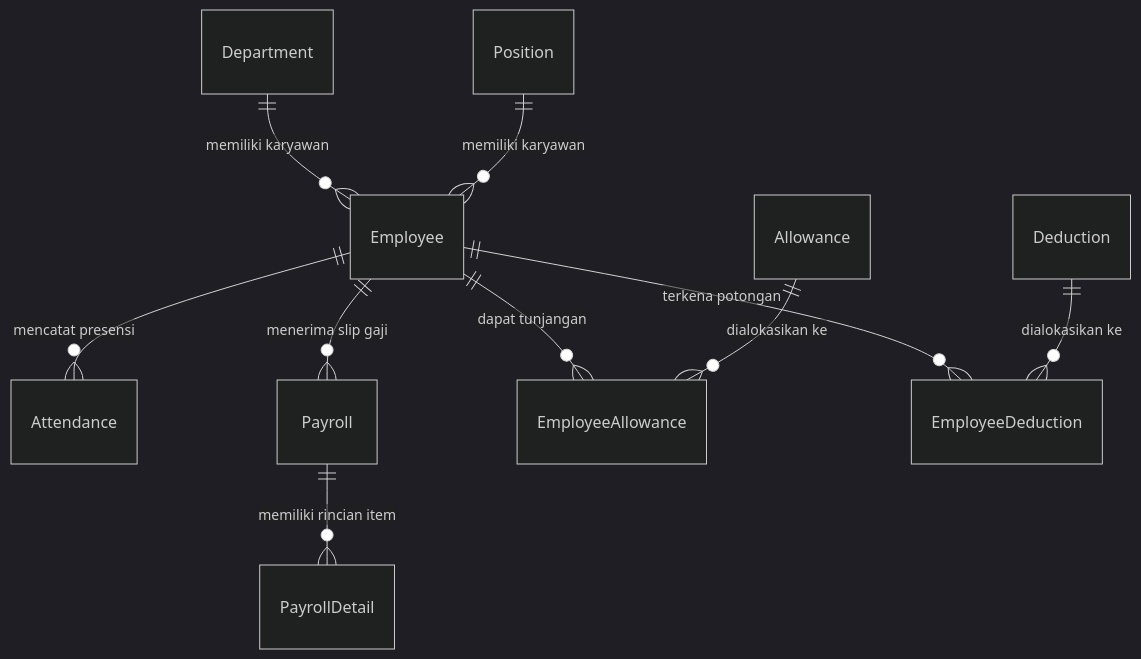
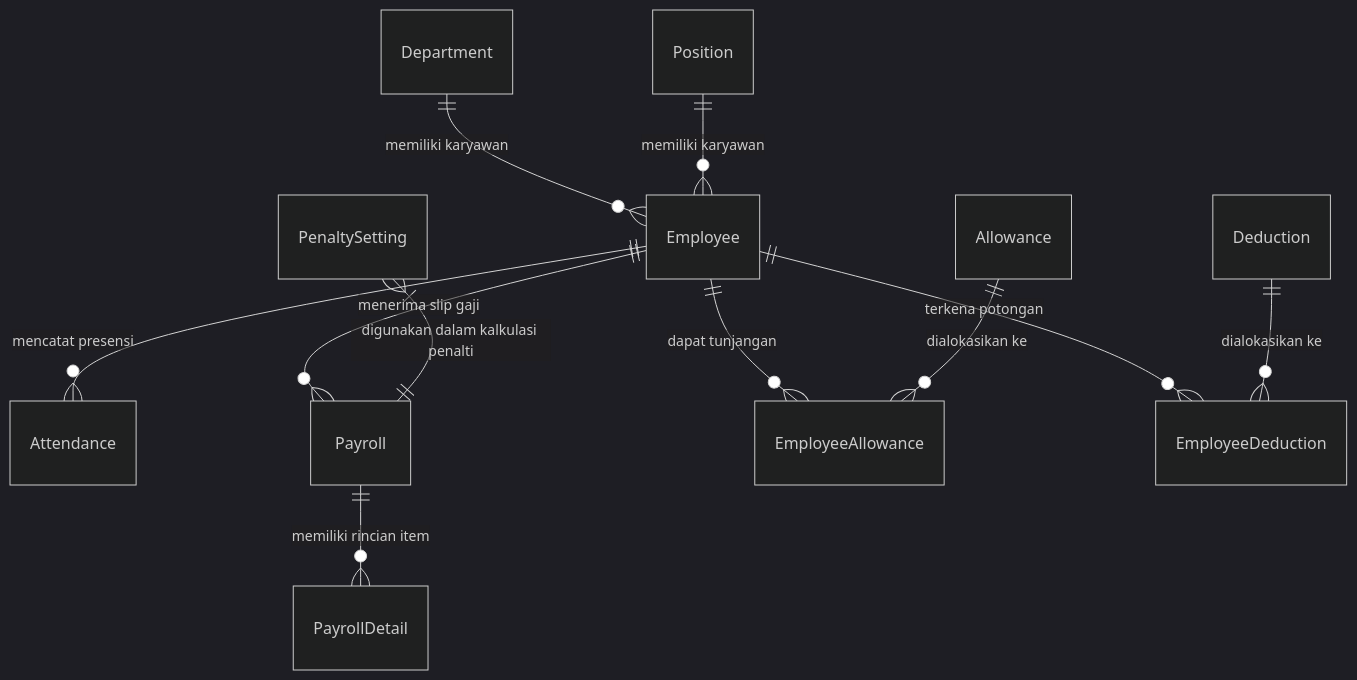
Before and after one commit to Fadli-vid/Payroll-System: the diagram in docs/DATABASE_GUIDE.md, drawn with Mermaid (dark theme). The commit also changed other lines of this file, not shown here.

Commit message:
Update DATABASE_GUIDE.md with PenaltySetting model, enums, percentage support, and updated ERD

````diff
--- a/docs/DATABASE_GUIDE.md
+++ b/docs/DATABASE_GUIDE.md
@@ -242,16 +282,18 @@
 ```mermaid
 erDiagram
     Department ||--o{ Employee : "memiliki karyawan"
     Position ||--o{ Employee : "memiliki karyawan"
     
     Employee ||--o{ Attendance : "mencatat presensi"
     Employee ||--o{ Payroll : "menerima slip gaji"
     
     Employee ||--o{ EmployeeAllowance : "dapat tunjangan"
     Allowance ||--o{ EmployeeAllowance : "dialokasikan ke"
     
     Employee ||--o{ EmployeeDeduction : "terkena potongan"
     Deduction ||--o{ EmployeeDeduction : "dialokasikan ke"
     
     Payroll ||--o{ PayrollDetail : "memiliki rincian item"
+    
+    PenaltySetting }|--|| Payroll : "digunakan dalam kalkulasi penalti"
 ```
````
